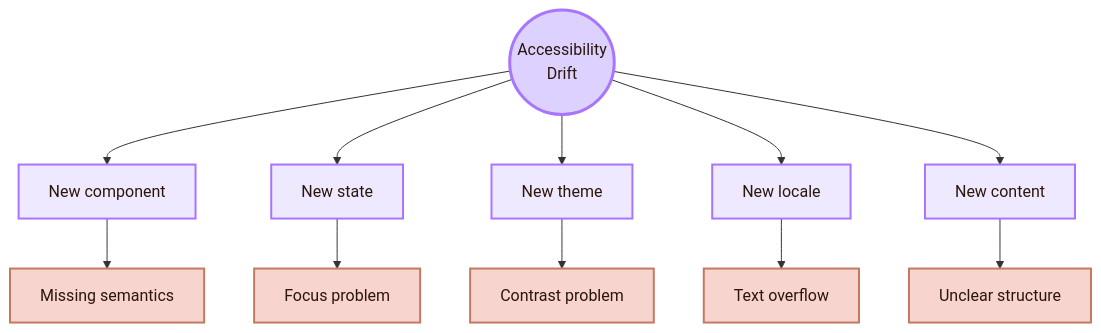
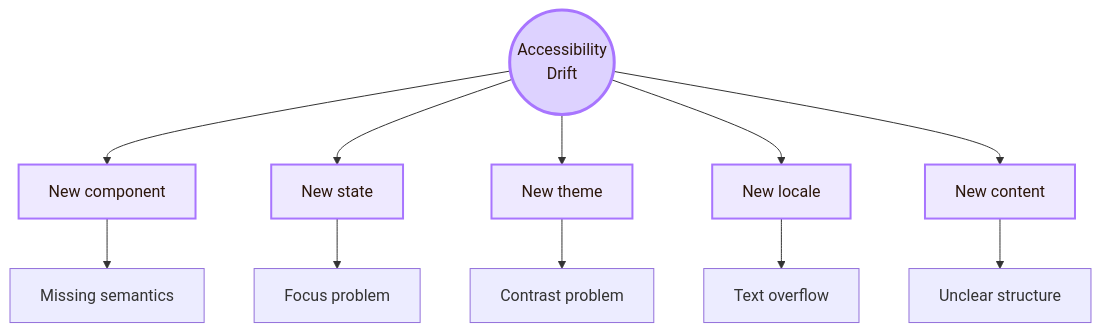
Before and after one commit to andreitegzes06-ui/CogniShire: the ninth of 13 diagrams in 01_Core_Area_HCI/001_Subareas/02_System_Design/Open Problems.md, drawn with Mermaid. The commit also changed other lines of this file and 131 other files, not shown here.

````diff
--- a/01_Core_Area_HCI/001_Subareas/02_System_Design/Open Problems.md
+++ b/01_Core_Area_HCI/001_Subareas/02_System_Design/Open Problems.md
@@ -368,24 +366,22 @@
 ```mermaid
 flowchart TB
     A((Accessibility<br/>Drift))
 
     A --> B[New component]
     A --> C[New state]
     A --> D[New theme]
     A --> E[New locale]
     A --> F[New content]
 
     B --> B1[Missing semantics]
     C --> C1[Focus problem]
     D --> D1[Contrast problem]
     E --> E1[Text overflow]
     F --> F1[Unclear structure]
 
     classDef center fill:#ddd2ff,stroke:#a875ff,color:#2b160b,stroke-width:3px;
     classDef gate fill:#eee9ff,stroke:#a875ff,color:#2b160b,stroke-width:2px;
-    classDef warning fill:#f7d4cd,stroke:#c27a63,color:#2b160b,stroke-width:2px;
 
     class A center;
     class B,C,D,E,F gate;
-    class B1,C1,D1,E1,F1 warning;
 ```
````
